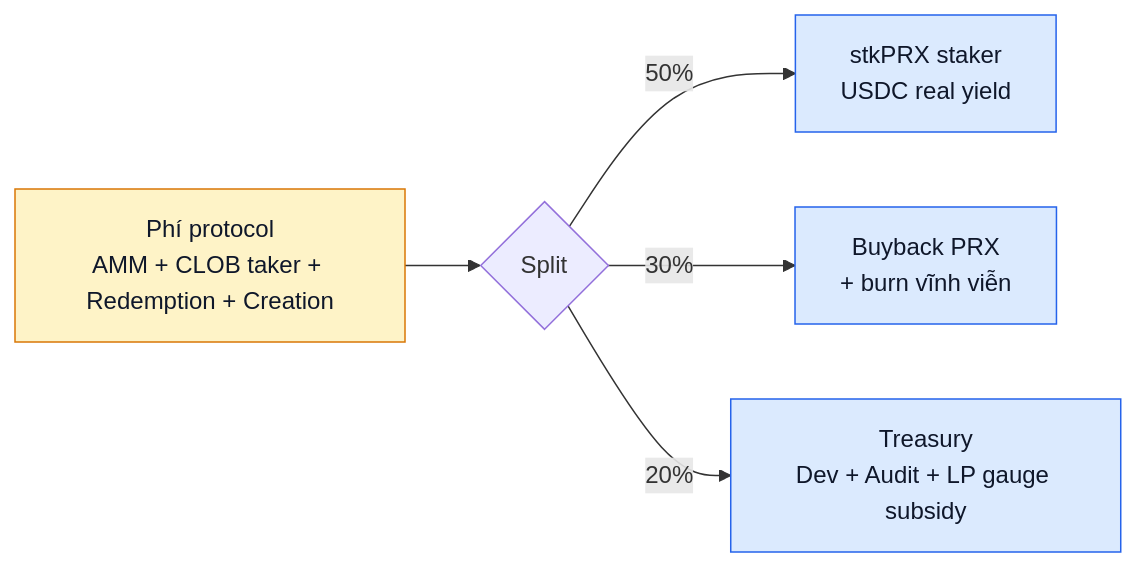
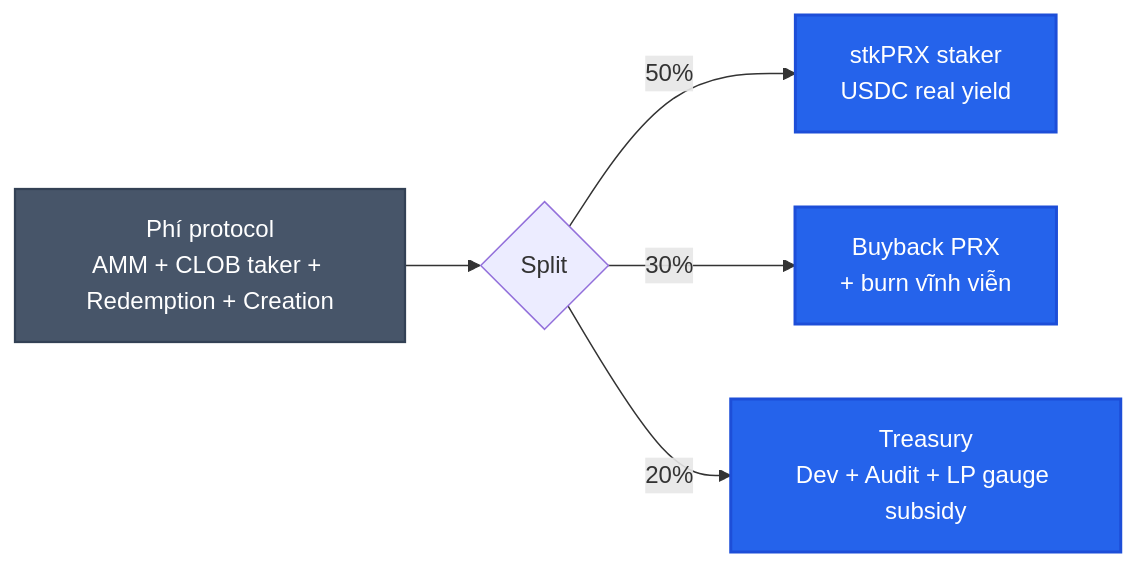
One commit to PrediX-Protocol/predix-docs changed the second of 2 diagrams in vi_v6/kinh-te/README.md. Above: the diagram before and after it, drawn with Mermaid. The commit also changed other lines of this file and 32 other files, not shown here.

First line of the commit message:
docs(vi_v6): redesign Mermaid theme — solid mid-tone palette + dark theme

````diff
--- a/vi_v6/kinh-te/README.md
+++ b/vi_v6/kinh-te/README.md
@@ -52,12 +53,12 @@
 ```mermaid
 flowchart LR
     Source[Phí protocol<br/>AMM + CLOB taker + Redemption + Creation] --> Split{Split}
     Split -->|50%| Staker[stkPRX staker<br/>USDC real yield]
     Split -->|30%| BB[Buyback PRX<br/>+ burn vĩnh viễn]
     Split -->|20%| Treasury[Treasury<br/>Dev + Audit + LP gauge subsidy]
 
-    classDef src fill:#fef3c7,stroke:#d97706,color:#0f172a
-    classDef sink fill:#dbeafe,stroke:#2563eb,color:#0f172a
+    classDef src fill:#475569,stroke:#334155,color:#fff,stroke-width:1.5px
+    classDef sink fill:#2563eb,stroke:#1d4ed8,color:#fff,stroke-width:2px
     class Source src
     class Staker,BB,Treasury sink
 ```
````
